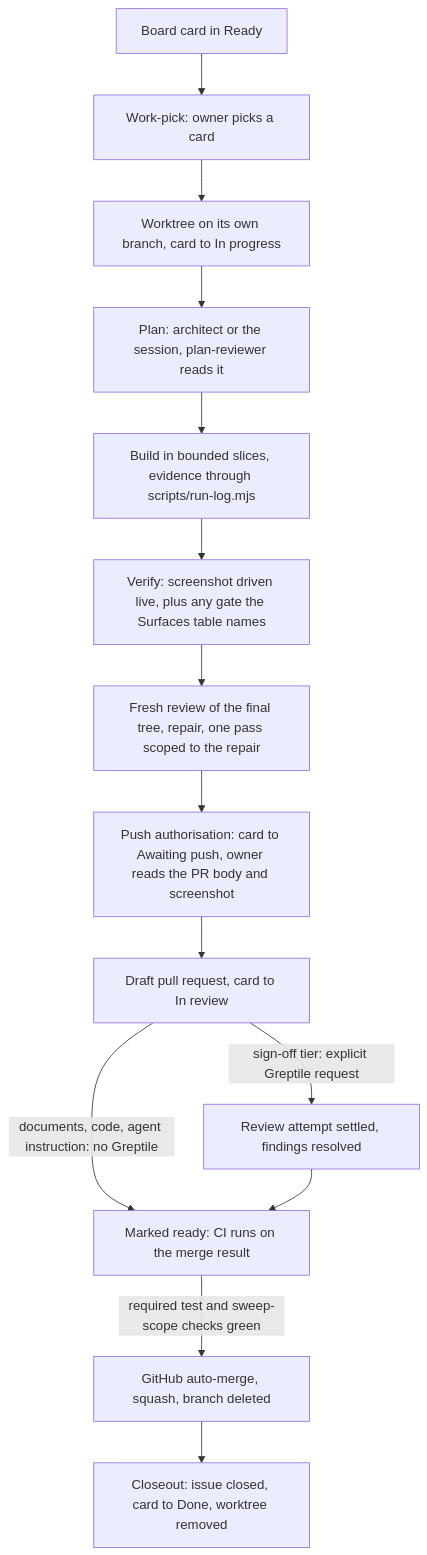
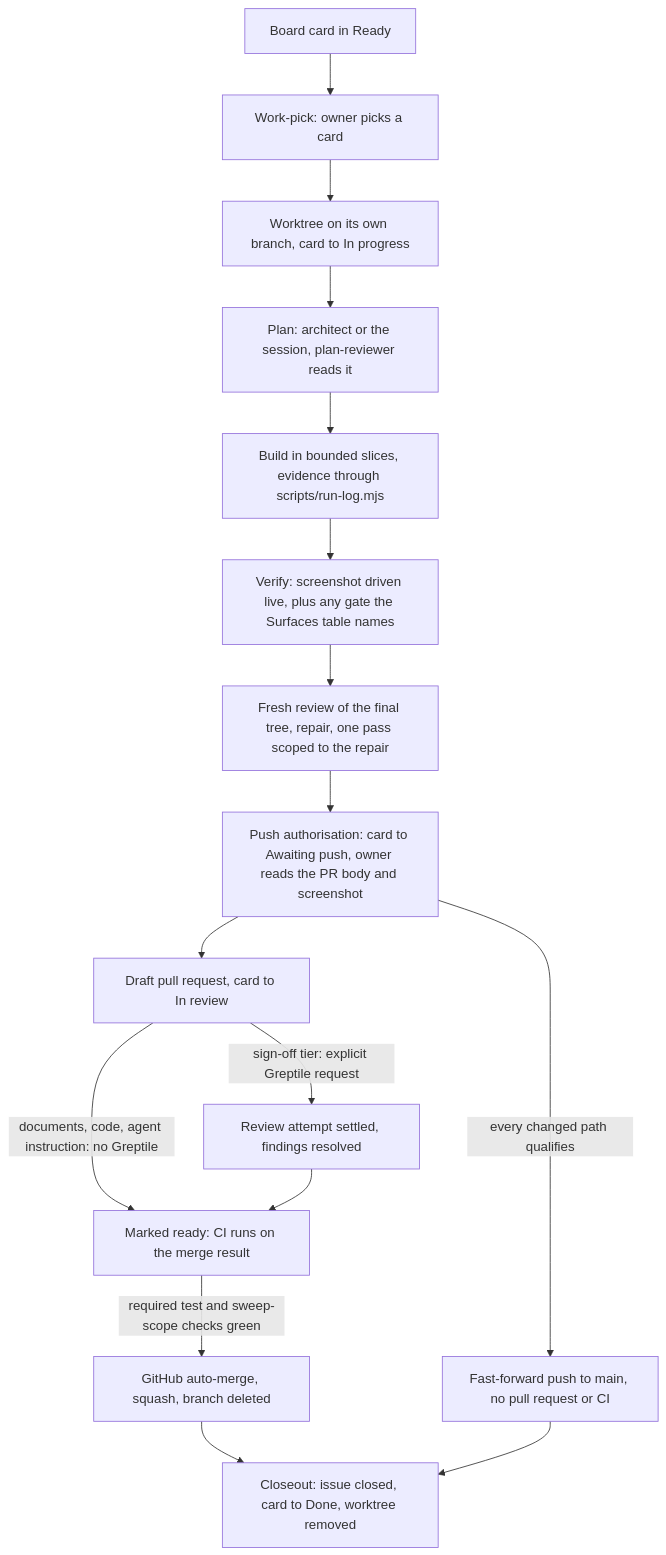
Before and after one commit to zaingulel/RentCottage: the third of 3 diagrams in docs/AI-WORKFLOW.md, drawn with Mermaid. The commit also changed other lines of this file and 13 other files, not shown here.

First line of the commit message:
Sync the machinery rule and the direct route to main from Flowgauge (#427)

````diff
--- a/docs/AI-WORKFLOW.md
+++ b/docs/AI-WORKFLOW.md
@@ -137,16 +138,18 @@
 ```mermaid
 flowchart TD
     C[Board card in Ready] --> WP[Work-pick: owner picks a card]
     WP --> WT[Worktree on its own branch, card to In progress]
     WT --> PL[Plan: architect or the session, plan-reviewer reads it]
     PL --> BD[Build in bounded slices, evidence through scripts/run-log.mjs]
     BD --> VR[Verify: screenshot driven live, plus any gate the Surfaces table names]
     VR --> RV[Fresh review of the final tree, repair, one pass scoped to the repair]
     RV --> PA[Push authorisation: card to Awaiting push, owner reads the PR body and screenshot]
     PA --> DR[Draft pull request, card to In review]
+    PA -->|every changed path qualifies| FF[Fast-forward push to main, no pull request or CI]
     DR -->|documents, code, agent instruction: no Greptile| RD[Marked ready: CI runs on the merge result]
     DR -->|sign-off tier: explicit Greptile request| GR[Review attempt settled, findings resolved]
     GR --> RD
     RD -->|required test and sweep-scope checks green| MG[GitHub auto-merge, squash, branch deleted]
     MG --> CO[Closeout: issue closed, card to Done, worktree removed]
+    FF --> CO
 ```
````
